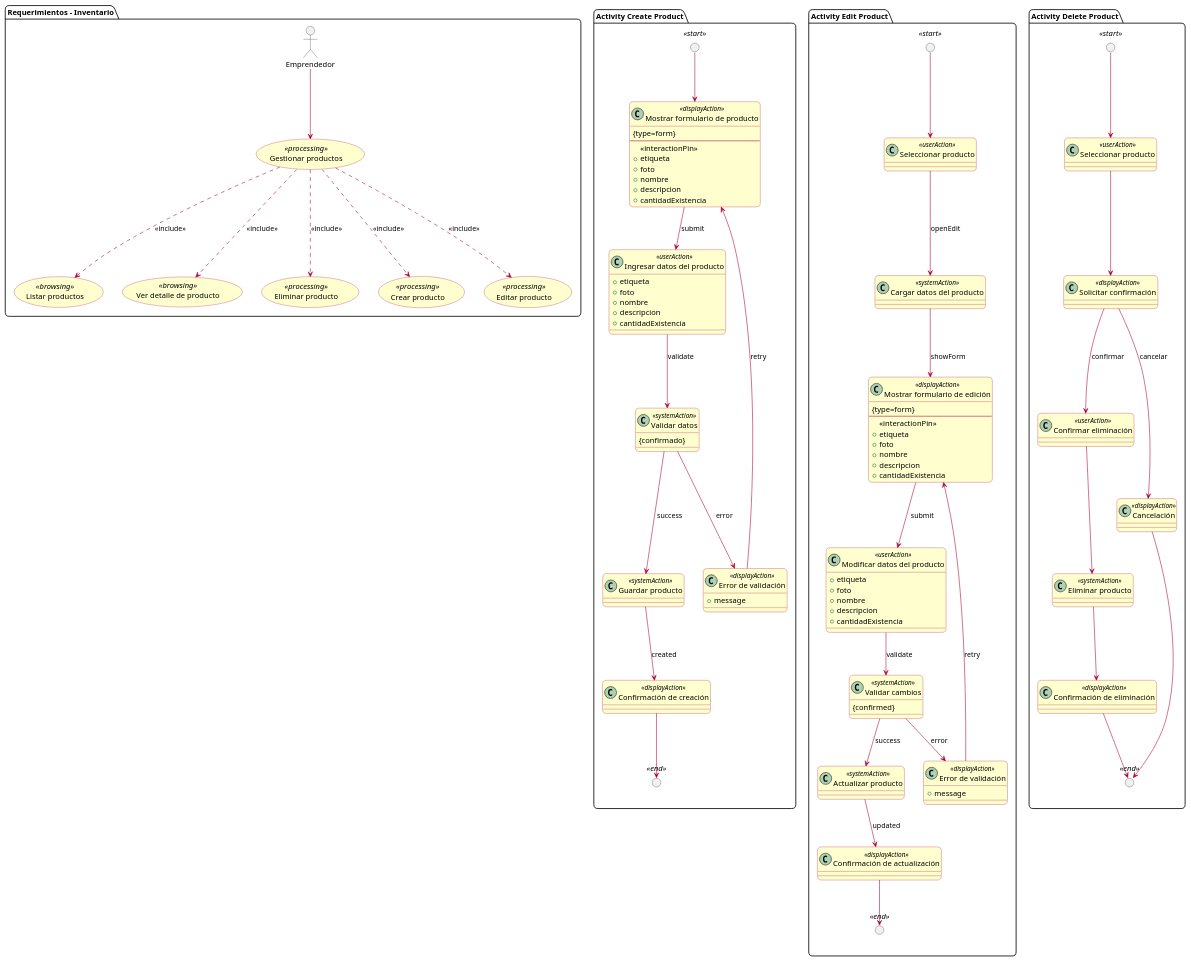
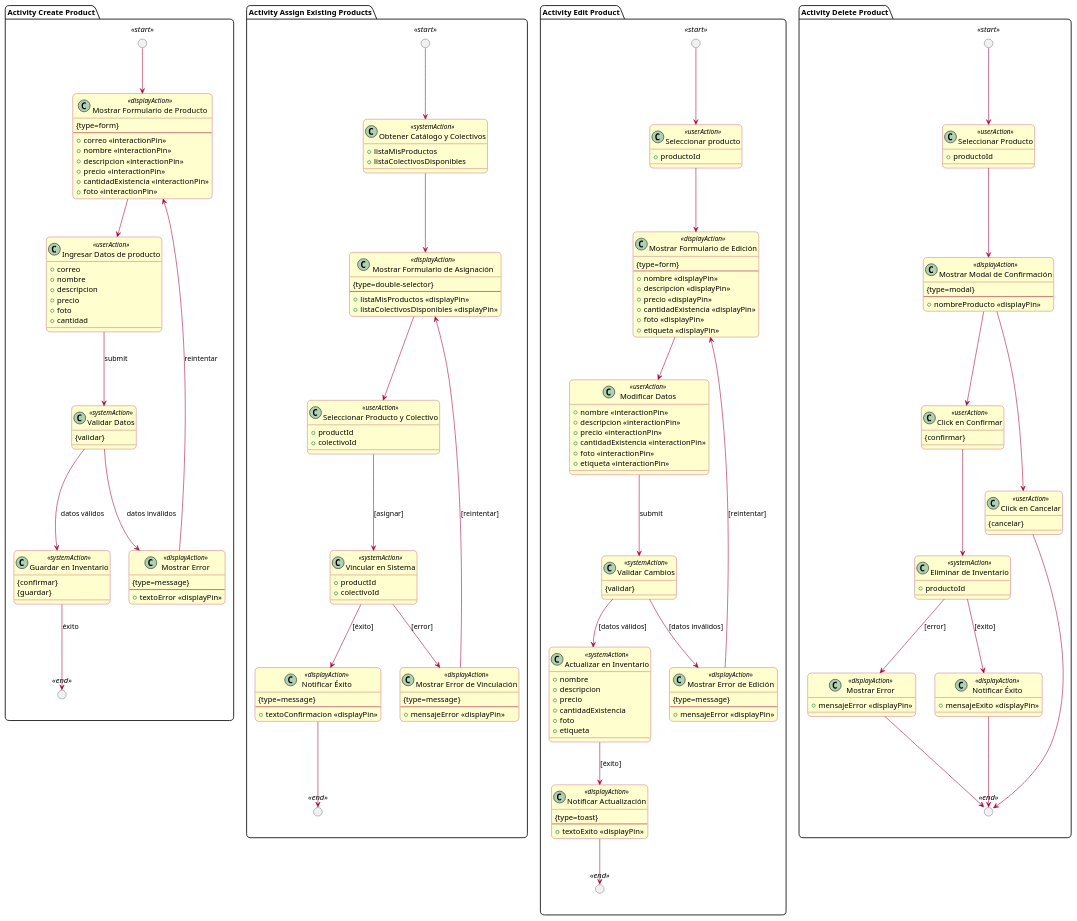
The diagram in Requirements Model/entrepeneur/access_requirements_model.puml (AtomicDevelopers/UWE-Tienda-Colectiva), drawn with PlantUML before and after one commit. The commit also changed 6 other files, not shown here.

```diff
--- a/Requirements Model/entrepeneur/access_requirements_model.puml
+++ b/Requirements Model/entrepeneur/access_requirements_model.puml
@@ -18,171 +18,232 @@
 }
 
 
-package "Requerimientos - Inventario" {
 
-  usecase "Gestionar productos" as UC_Manage <<processing>>
-
-  usecase "Listar productos" as UC_List <<browsing>>
-  usecase "Ver detalle de producto" as UC_Detail <<browsing>>
-  usecase "Eliminar producto" as UC_Delete <<processing>>
-
-  usecase "Crear producto" as UC_Create <<processing>>
-  usecase "Editar producto" as UC_Edit <<processing>>
-
-  actor "Emprendedor" as Entrepreneur
-
-  UC_Manage ..> UC_List : <<include>>
-  UC_Manage ..> UC_Detail : <<include>>
-  UC_Manage ..> UC_Delete : <<include>>
-  UC_Manage ..> UC_Create : <<include>>
-  UC_Manage ..> UC_Edit : <<include>>
- 
- 
-}
-Entrepreneur --> UC_Manage
 
 
 package "Activity Create Product" {
-
-  skinparam circleBackgroundColor black
-
   circle " " as CP_Start <<start>>
   circle " " as CP_End <<end>>
 
-  class "Mostrar formulario de producto" as CP_Form <<displayAction>> {
+  class "Mostrar Formulario de Producto" as CP_Form <<displayAction>> {
     {type=form}
     --
-    <<interactionPin>>
-    + etiqueta
-    + foto
+    + correo <<interactionPin>>
+    + nombre <<interactionPin>>
+    + descripcion <<interactionPin>>
+    + precio <<interactionPin>>
+    + cantidadExistencia <<interactionPin>>
+    + foto <<interactionPin>>
+  }
+
+  class "Ingresar Datos de producto" as CP_Input <<userAction>> {
+    + correo
     + nombre
     + descripcion
-    + cantidadExistencia
+    + precio
+    + foto
+    + cantidad
   }
 
-  class "Ingresar datos del producto" as CP_Input <<userAction>> {
-    + etiqueta
-    + foto
-    + nombre
-    + descripcion
-    + cantidadExistencia
+  class "Validar Datos" as CP_Validate <<systemAction>> {
+    {validar}
   }
 
-  class "Validar datos" as CP_Validate <<systemAction>> {
-    {confirmado}
+  class "Guardar en Inventario" as CP_Save <<systemAction>> {
+    {confirmar}
+    {guardar}
   }
 
-  class "Guardar producto" as CP_Save <<systemAction>>
-
-  class "Confirmación de creación" as CP_Confirm <<displayAction>>
-
-  class "Error de validación" as CP_Error <<displayAction>> {
-    + message
+  class "Mostrar Error" as CP_Error <<displayAction>> {
+    {type=message}
+    --
+    + textoError <<displayPin>>
   }
 
   CP_Start --> CP_Form
-  CP_Form --> CP_Input : submit
-  CP_Input --> CP_Validate : validate
+  CP_Form --> CP_Input
+  CP_Input --> CP_Validate : submit
 
-  CP_Validate --> CP_Error : error
-  CP_Validate --> CP_Save : success
+  ' Bifurcación tras validar
+  CP_Validate --> CP_Error : datos inválidos
+  CP_Error --> CP_Form : reintentar
 
-  CP_Save --> CP_Confirm : created
-  CP_Confirm --> CP_End
-  CP_Error --> CP_Form : retry
+  CP_Validate --> CP_Save : datos válidos
+  CP_Save --> CP_End : éxito
+}
+
+package "Activity Assign Existing Products" {
+  circle " " as AE_Start <<start>>
+  circle " " as AE_End <<end>>
+
+  class "Obtener Catálogo y Colectivos" as AE_GetData <<systemAction>> {
+    + listaMisProductos
+    + listaColectivosDisponibles
+  }
+
+  class "Mostrar Formulario de Asignación" as AE_Form <<displayAction>> {
+    {type=double-selector}
+    --
+    + listaMisProductos <<displayPin>>
+    + listaColectivosDisponibles <<displayPin>>
+  }
+
+  class "Seleccionar Producto y Colectivo" as AE_Select <<userAction>> {
+    + productId
+    + colectivoId
+  }
+
+  class "Vincular en Sistema" as AE_Link <<systemAction>> {
+    + productId
+    + colectivoId
+  }
+
+  ' Nueva clase para el manejo de errores
+  class "Mostrar Error de Vinculación" as AE_Error <<displayAction>> {
+    {type=message}
+    --
+    + mensajeError <<displayPin>>
+  }
+
+  class "Notificar Éxito" as AE_Msg <<displayAction>> {
+    {type=message}
+    --
+    + textoConfirmacion <<displayPin>>
+  }
+
+  AE_Start --> AE_GetData
+  AE_GetData --> AE_Form
+  AE_Form --> AE_Select
+  AE_Select --> AE_Link : [asignar]
+  
+  AE_Link --> AE_Error : [error]
+  AE_Error --> AE_Form : [reintentar]
+
+  AE_Link --> AE_Msg : [éxito]
+  AE_Msg --> AE_End
 }
 
 
-
-
 package "Activity Edit Product" {
-
-  skinparam circleBackgroundColor black
-
   circle " " as EP_Start <<start>>
   circle " " as EP_End <<end>>
 
-  class "Seleccionar producto" as EP_Select <<userAction>>
+  class "Seleccionar producto" as EP_Select <<userAction>> {
+    +productoId
+  }
 
-  class "Cargar datos del producto" as EP_Load <<systemAction>>
 
-  class "Mostrar formulario de edición" as EP_Form <<displayAction>> {
+  class "Mostrar Formulario de Edición" as EP_Form <<displayAction>> {
     {type=form}
     --
-    <<interactionPin>>
-    + etiqueta
-    + foto
+    + nombre <<displayPin>>
+    + descripcion <<displayPin>>
+    + precio <<displayPin>>
+    + cantidadExistencia <<displayPin>>
+    + foto <<displayPin>>
+    + etiqueta <<displayPin>>
+  }
+
+  class "Modificar Datos" as EP_Edit <<userAction>> {
+    + nombre <<interactionPin>>
+    + descripcion <<interactionPin>>
+    + precio <<interactionPin>>
+    + cantidadExistencia <<interactionPin>>
+    + foto <<interactionPin>>
+    + etiqueta <<interactionPin>>
+  }
+
+  class "Validar Cambios" as EP_Validate <<systemAction>> {
+    {validar}
+  }
+
+  class "Actualizar en Inventario" as EP_Update <<systemAction>> {
     + nombre
     + descripcion
+    + precio
     + cantidadExistencia
+    + foto
+    + etiqueta
   }
 
-  class "Modificar datos del producto" as EP_Edit <<userAction>> {
-    + etiqueta
-    + foto
-    + nombre
-    + descripcion
-    + cantidadExistencia
+  class "Mostrar Error de Edición" as EP_Error <<displayAction>> {
+    {type=message}
+    --
+    + mensajeError <<displayPin>>
   }
 
-  class "Validar cambios" as EP_Validate <<systemAction>> {
-    {confirmed}
+  class "Notificar Actualización" as EP_Msg <<displayAction>> {
+    {type=toast}
+    --
+    + textoExito <<displayPin>>
   }
 
-  class "Actualizar producto" as EP_Update <<systemAction>>
+  ' Flujo de control
+  EP_Start --> EP_Select
+  EP_Select --> EP_Form
+  EP_Form --> EP_Edit
+  EP_Edit --> EP_Validate : submit
 
-  class "Confirmación de actualización" as EP_Confirm <<displayAction>>
+  EP_Validate --> EP_Error : [datos inválidos]
+  EP_Error --> EP_Form : [reintentar]
 
-  class "Error de validación" as EP_Error <<displayAction>> {
-    + message
-  }
-
-  EP_Start --> EP_Select
-  EP_Select --> EP_Load : openEdit
-  EP_Load --> EP_Form : showForm
-
-  EP_Form --> EP_Edit : submit
-  EP_Edit --> EP_Validate : validate
-
-  EP_Validate --> EP_Error : error
-  EP_Validate --> EP_Update : success
-
-  EP_Update --> EP_Confirm : updated
-  EP_Confirm --> EP_End
-  EP_Error --> EP_Form : retry
+  EP_Validate --> EP_Update : [datos válidos]
+  EP_Update --> EP_Msg : [éxito]
+  EP_Msg --> EP_End
 }
 
-
 package "Activity Delete Product" {
-
-  skinparam circleBackgroundColor black
 
   circle " " as DP_Start <<start>>
   circle " " as DP_End <<end>>
 
-  class "Seleccionar producto" as DP_Select <<userAction>>
+  class "Seleccionar Producto" as DP_Select <<userAction>> {
+    + productoId
+  }
 
-  class "Solicitar confirmación" as DP_ConfirmRequest <<displayAction>>
+  class "Mostrar Modal de Confirmación" as DP_ConfirmRequest <<displayAction>> {
+    {type=modal}
+    --
+    + nombreProducto <<displayPin>>
+  }
 
-  class "Confirmar eliminación" as DP_Confirm <<userAction>>
+  ' Representamos las dos acciones posibles del usuario
+  class "Click en Confirmar" as DP_ConfirmBtn <<userAction>>{
+    {confirmar}
+  }
+  class "Click en Cancelar" as DP_CancelBtn <<userAction>>{
+    {cancelar}
+  }
 
-  class "Eliminar producto" as DP_Delete <<systemAction>>
+  class "Eliminar de Inventario" as DP_Delete <<systemAction>> {
+    + productoId
+  }
 
-  class "Confirmación de eliminación" as DP_Success <<displayAction>>
+  class "Mostrar Error" as DP_Error <<displayAction>> {
+    + mensajeError <<displayPin>>
+  }
 
-  class "Cancelación" as DP_Cancel <<displayAction>>
+  class "Notificar Éxito" as DP_Success <<displayAction>> {
+    + mensajeExito <<displayPin>>
+  }
 
   DP_Start --> DP_Select
   DP_Select --> DP_ConfirmRequest
 
-  DP_ConfirmRequest --> DP_Confirm : confirmar
-  DP_ConfirmRequest --> DP_Cancel : cancelar
+  ' El flujo se bifurca aquí por la acción del usuario
+  DP_ConfirmRequest --> DP_ConfirmBtn
+  DP_ConfirmRequest --> DP_CancelBtn
 
-  DP_Confirm --> DP_Delete
-  DP_Delete --> DP_Success
+  ' Camino 1: Confirmación
+  DP_ConfirmBtn --> DP_Delete
+  DP_Delete --> DP_Error : [error]
+  DP_Delete --> DP_Success : [éxito]
+
+  ' Camino 2: Cancelación
+  DP_CancelBtn --> DP_End
+
+  DP_Error --> DP_End
   DP_Success --> DP_End
-
-  DP_Cancel --> DP_End
 }
 
 @enduml
```
